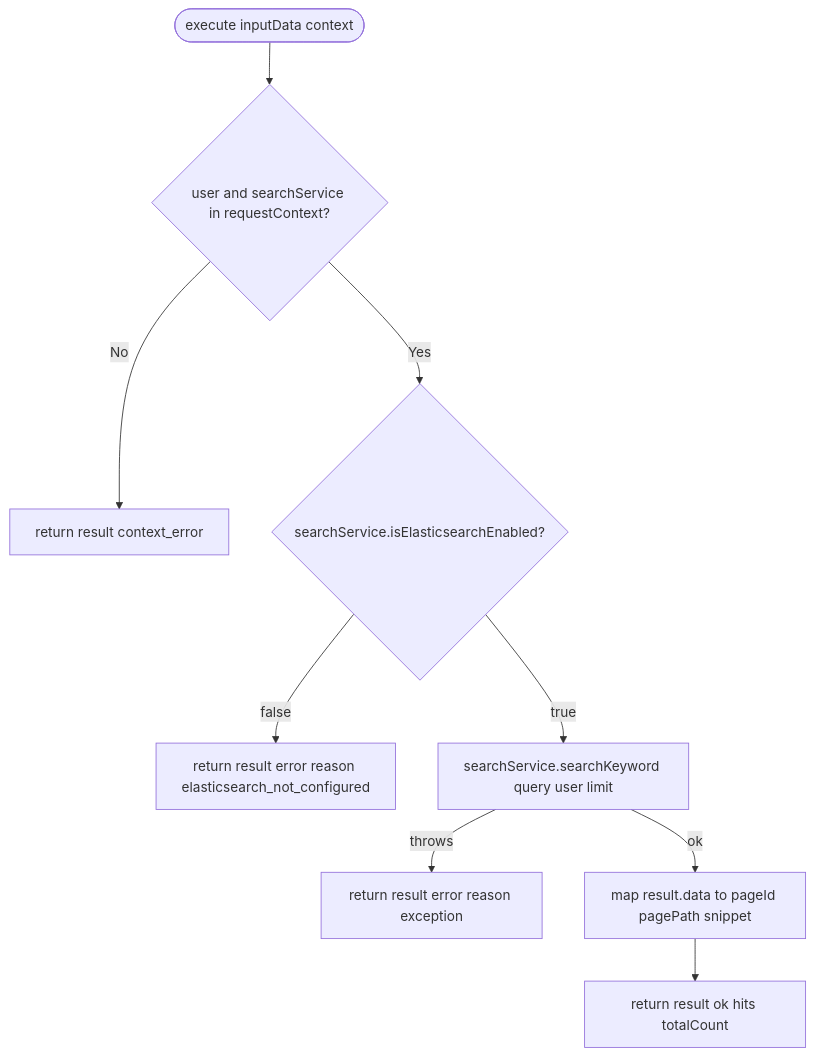
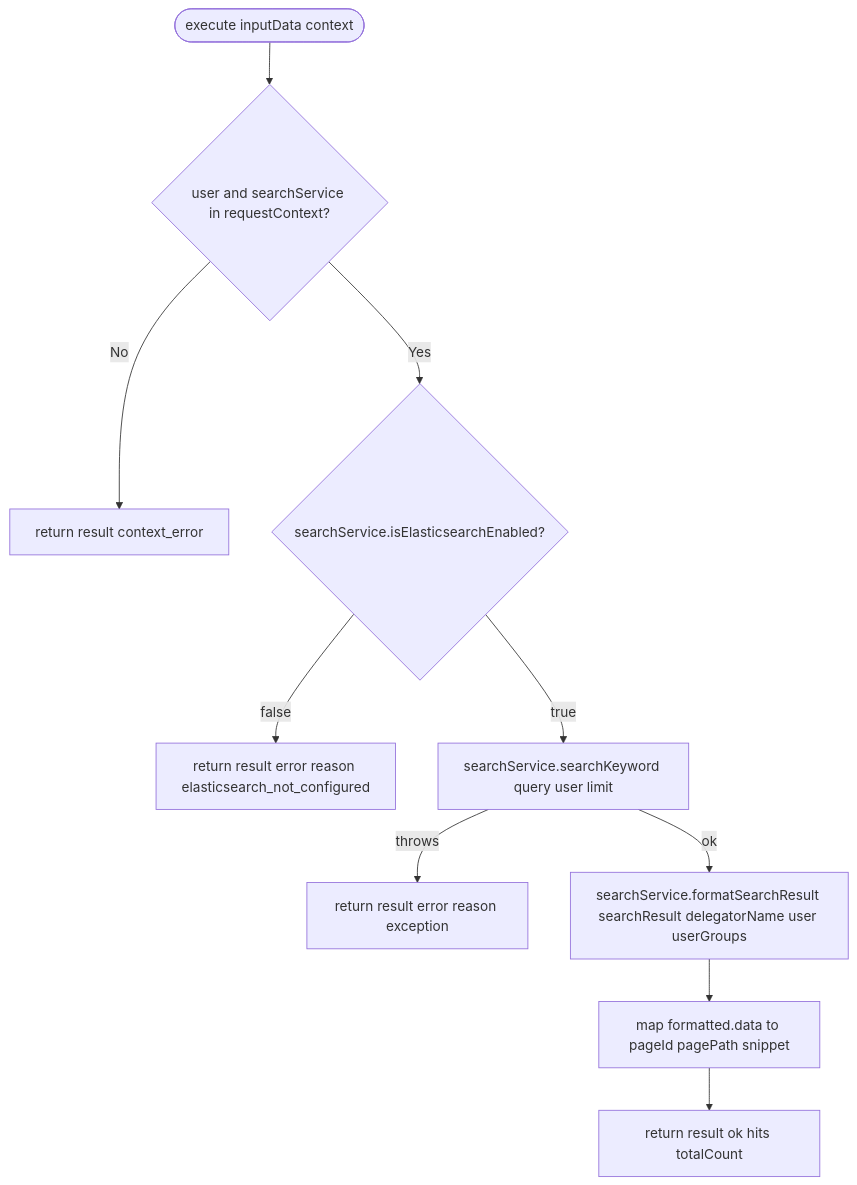
The fourth of 4 diagrams in .kiro/specs/agentic-search/design.md (growilabs/growi), drawn with Mermaid before and after one commit. The commit also changed other lines of this file and 1 other file, not shown here.

First line of the commit message:
docs(agentic-search): align spec with formatSearchResult-based snippet mapping

````diff
--- a/.kiro/specs/agentic-search/design.md
+++ b/.kiro/specs/agentic-search/design.md
@@ -274,11 +274,12 @@
 ```mermaid
 flowchart TD
     Start2([execute inputData context]) --> CheckUser{user and searchService in requestContext?}
     CheckUser -- No --> CtxErr[return result context_error]
     CheckUser -- Yes --> CheckES{searchService.isElasticsearchEnabled?}
     CheckES -- false --> EsDisabled[return result error reason elasticsearch_not_configured]
     CheckES -- true --> CallSearch[searchService.searchKeyword query user limit]
     CallSearch -- throws --> Err[return result error reason exception]
-    CallSearch -- ok --> Map[map result.data to pageId pagePath snippet]
+    CallSearch -- ok --> Format[searchService.formatSearchResult searchResult delegatorName user userGroups]
+    Format --> Map[map formatted.data to pageId pagePath snippet]
     Map --> Ret[return result ok hits totalCount]
 ```
````
